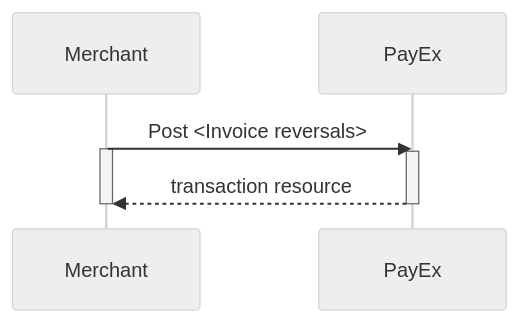
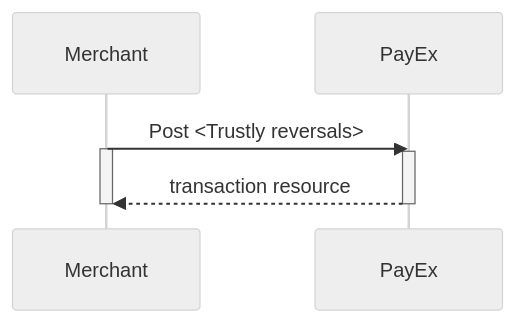
The diagram in payments/trustly/after-payment.md (SwedbankPay/developer.swedbankpay.com), drawn with Mermaid (neutral theme) before and after one commit. The commit also changed other lines of this file, not shown here.

````diff
--- a/payments/trustly/after-payment.md
+++ b/payments/trustly/after-payment.md
@@ -184,9 +108,9 @@
 ```mermaid
 sequenceDiagram
-    Merchant->>PayEx: Post <Invoice reversals>
+    Merchant->>PayEx: Post <Trustly reversals>
     activate Merchant
     activate PayEx
     PayEx-->>Merchant: transaction resource
     deactivate Merchant
     deactivate PayEx
 ```
````
